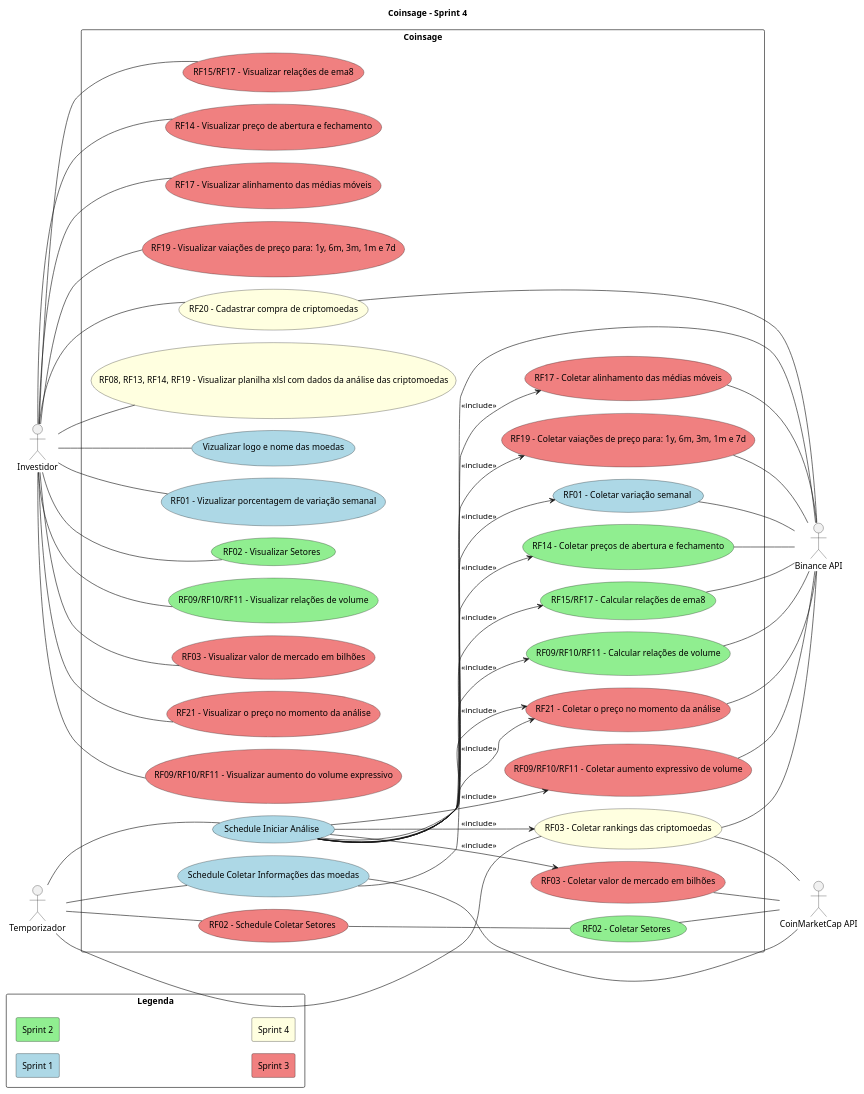
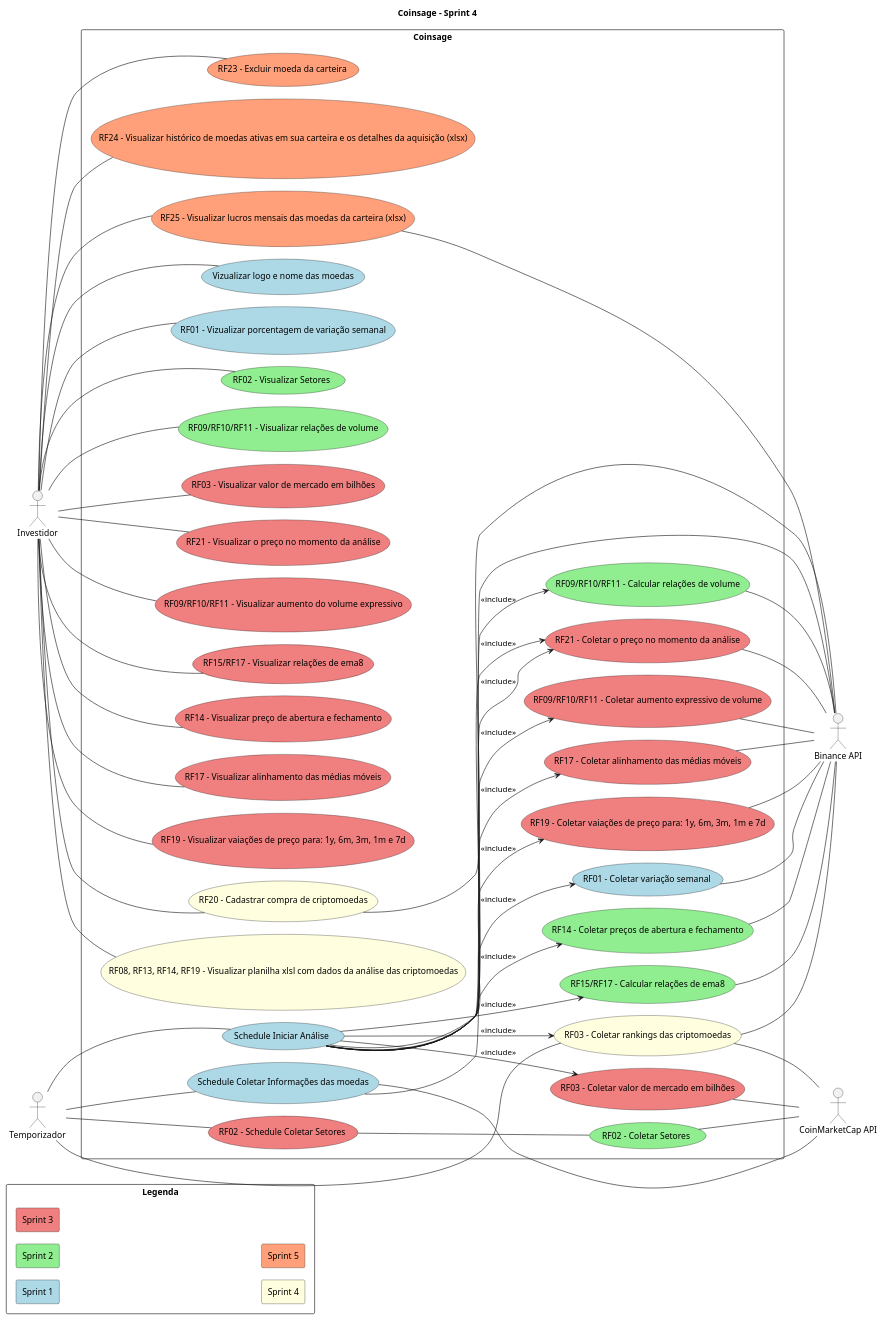
The diagram in Artefatos/diagramas/casos_de_uso/use_cases.plantuml (ICEI-PUC-Minas-PPLES-TI/plf-es-2024-1-ti3-8981100-coinsage), drawn with PlantUML before and after one commit. The commit also changed 2 other files, not shown here.

Commit message:
updating usecase diagram according to sp5

```diff
--- a/Artefatos/diagramas/casos_de_uso/use_cases.plantuml
+++ b/Artefatos/diagramas/casos_de_uso/use_cases.plantuml
@@ -1,124 +1,132 @@
 @startuml current
 title Coinsage - Sprint 4
 
 left to right direction
 actor "Investidor" as investor
 actor "Temporizador" as schedule
 actor "Binance API" as binance
 actor "CoinMarketCap API" as cmc
 
 rectangle "Legenda"{
     skinparam minClassWidth 10
     skinparam nodesep 1
     skinparam ranksep 1
 
     rectangle "Sprint 1" #LightBlue
     rectangle "Sprint 2" #LightGreen
     rectangle "Sprint 3" #LightCoral
     rectangle "Sprint 4" #LightYellow
-    ' rectangle "Sprint 5" #LightPink
+    rectangle "Sprint 5" #LightSalmon
 }
 
 rectangle "Coinsage"{
     skinparam nodesep 20
 
     ' Schedules use cases
     ' Sp1
     usecase "Schedule Coletar Informações das moedas" as sch_cripto_info #LightBlue
     usecase "Schedule Iniciar Análise" as sch_analysis #LightBlue
     ' Sp3
     usecase "RF02 - Schedule Coletar Setores" as sch_sectors #LightCoral /' Should be sprint 2 but not ended '/
 
     ' Analyse use cases
     ' Sp1
     usecase "RF01 - Coletar variação semanal" as collect_cripto_week_incresse #LightBlue
     ' Sp2
     usecase "RF02 - Coletar Setores" as collect_sectors #LightGreen
     usecase "RF14 - Coletar preços de abertura e fechamento" as collect_cripto_open_close #LightGreen
     usecase "RF15/RF17 - Calcular relações de ema8" as collect_ema8_relations #LightGreen
     usecase "RF09/RF10/RF11 - Calcular relações de volume" as collect_volume_relations #LightGreen
     ' Sp3
     usecase "RF03 - Coletar valor de mercado em bilhões" as collect_market_cap #LightCoral /' Should be sprint 2 but not ended '/
     usecase "RF21 - Coletar o preço no momento da análise" as collect_cripto_current_price #LightCoral /' Should be sprint 2 but not ended '/
     usecase "RF09/RF10/RF11 - Coletar aumento expressivo de volume" as collect_expressive_volume_date #LightCoral /' Should be sprint 2 but not ended '/
     usecase "RF17 - Coletar alinhamento das médias móveis" as collect_emas_aligned #LightCoral
     usecase "RF19 - Coletar vaiações de preço para: 1y, 6m, 3m, 1m e 7d" as collect_cripto_price_variations #LightCoral
 
     ' Report use cases
     ' Sp1
     usecase "Vizualizar logo e nome das moedas" as view_cripto_info #LightBlue
     usecase "RF01 - Vizualizar porcentagem de variação semanal" as view_cripto_week_incresse #LightBlue
     ' Sp2
     usecase "RF02 - Visualizar Setores" as view_sectors #LightGreen
     usecase "RF09/RF10/RF11 - Visualizar relações de volume" as view_volume_relations #LightGreen
     ' Sp3
     usecase "RF03 - Visualizar valor de mercado em bilhões" as view_market_cap #LightCoral /' Should be sprint 2 but not ended '/
     usecase "RF21 - Visualizar o preço no momento da análise" as view_cripto_current_price #LightCoral /' Should be sprint 2 but not ended '/
     usecase "RF09/RF10/RF11 - Visualizar aumento do volume expressivo" as view_expressive_volume_increase #LightCoral /' Should be sprint 2 but not ended '/
     usecase "RF15/RF17 - Visualizar relações de ema8" as view_ema8_relations #LightCoral /' Should be sprint 2 but not ended '/
     usecase "RF14 - Visualizar preço de abertura e fechamento" as view_cripto_open_close #LightCoral /' Should be sprint 2 but not ended '/
     usecase "RF17 - Visualizar alinhamento das médias móveis" as view_emas_aligned #LightCoral
     usecase "RF19 - Visualizar vaiações de preço para: 1y, 6m, 3m, 1m e 7d" as view_cripto_price_variations #LightCoral
 
     ' Wallet usecases
     ' Sp4
     usecase "RF20 - Cadastrar compra de criptomoedas" as register_cripto #LightYellow
     usecase "RF08, RF13, RF14, RF19 - Visualizar planilha xlsl com dados da análise das criptomoedas" as view_xlsl #LightYellow
-    ' Sp4
     usecase "RF03 - Coletar rankings das criptomoedas" as collect_rankings #LightYellow
+    ' Sp5
+    usecase "RF23 - Excluir moeda da carteira" as delete_cripto #LightSalmon
+    usecase "RF24 - Visualizar histórico de moedas ativas em sua carteira e os detalhes da aquisição (xlsx)" as view_active_coins #LightSalmon
+    usecase "RF25 - Visualizar lucros mensais das moedas da carteira (xlsx)" as view_monthly_profits #LightSalmon
+
 }
 
 ' Schedules use cases
 schedule -- sch_analysis
 schedule -- sch_cripto_info
 schedule -- sch_sectors
 schedule -- collect_rankings
 
 ' APIS use cases
 register_cripto -- binance
 sch_cripto_info -- binance
 sch_cripto_info -- cmc
 collect_cripto_week_incresse -- binance
 collect_cripto_current_price -- binance
 collect_cripto_open_close -- binance
 collect_ema8_relations -- binance
 collect_volume_relations -- binance
 collect_expressive_volume_date -- binance
 collect_market_cap -- cmc
 collect_emas_aligned -- binance
 collect_cripto_price_variations -- binance
 sch_sectors -- collect_sectors
 collect_sectors -- cmc
 collect_rankings -- binance
 collect_rankings -- cmc
+view_monthly_profits -- binance
 
 ' Investor use cases
 investor -- view_sectors
 investor -- view_cripto_info
 investor -- view_cripto_week_incresse
 investor -- view_cripto_current_price
 investor -- view_cripto_open_close
 investor -- view_ema8_relations
 investor -- view_volume_relations
 investor -- view_expressive_volume_increase
 investor -- view_market_cap
 investor -- view_emas_aligned
 investor -- view_cripto_price_variations
 investor -- view_xlsl
 investor -- register_cripto
+investor -- view_monthly_profits
+investor -- view_active_coins
+investor -- delete_cripto
 
 
 ' Use cases relations
 sch_analysis --> collect_cripto_week_incresse  : <<include>>
 sch_analysis --> collect_cripto_current_price  : <<include>>
 sch_analysis --> collect_cripto_open_close  : <<include>>
 sch_analysis --> collect_ema8_relations  : <<include>>
 sch_analysis --> collect_volume_relations  : <<include>>
 sch_analysis --> collect_expressive_volume_date : <<include>>
 sch_analysis --> collect_market_cap : <<include>>
 sch_analysis --> collect_cripto_current_price : <<include>>
 sch_analysis --> collect_emas_aligned : <<include>>
 sch_analysis --> collect_cripto_price_variations : <<include>>
 sch_analysis --> collect_rankings : <<include>>
 
 @enduml
```
